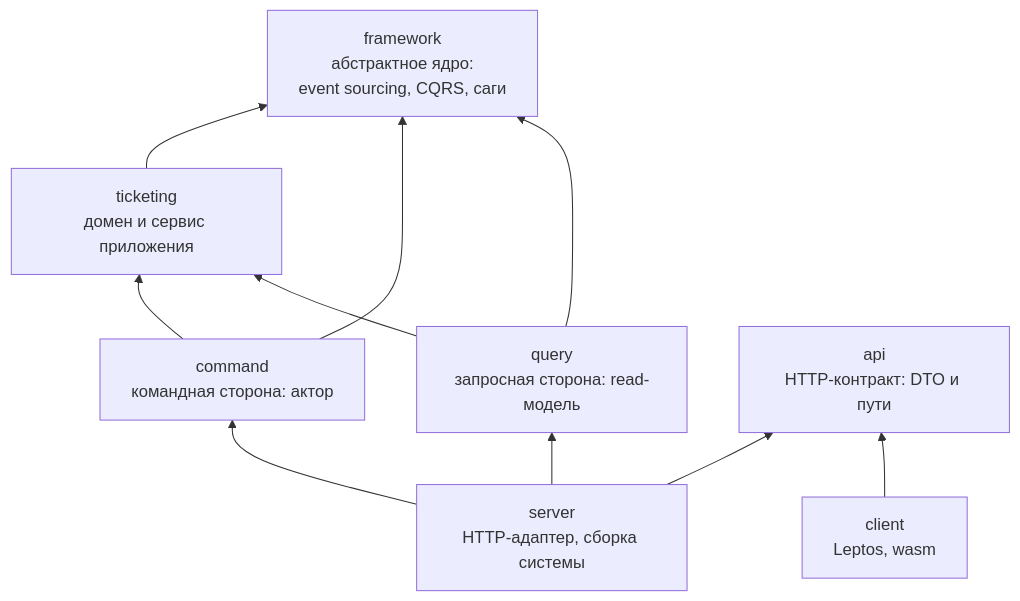
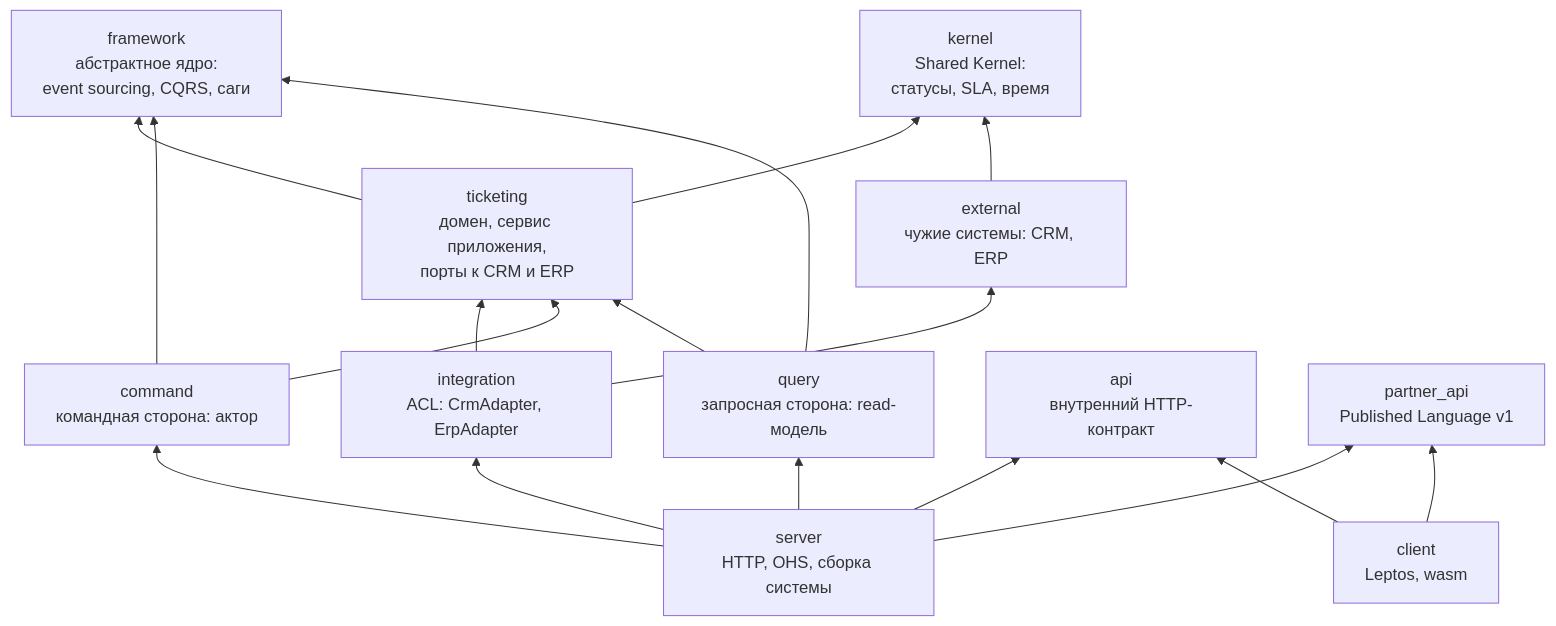
One commit to Dx-by-Dy/ALS-HW changed the first of 11 diagrams in hw10/ARCHITECTURE.md. Above: the diagram before and after it, drawn with Mermaid. The commit also changed other lines of this file and 1 other file, not shown here.

Commit message:
Documented HW10 architecture and implementation of ACL, open-host service and shared kernel

````diff
--- a/hw10/ARCHITECTURE.md
+++ b/hw10/ARCHITECTURE.md
@@ -24,20 +29,31 @@
 ```mermaid
 flowchart BT
     framework["framework<br/>абстрактное ядро:<br/>event sourcing, CQRS, саги"]
-    ticketing["ticketing<br/>домен и сервис приложения"]
+    kernel["kernel<br/>Shared Kernel:<br/>статусы, SLA, время"]
+    ticketing["ticketing<br/>домен, сервис приложения,<br/>порты к CRM и ERP"]
+    external["external<br/>чужие системы: CRM, ERP"]
+    integration["integration<br/>ACL: CrmAdapter, ErpAdapter"]
     command["command<br/>командная сторона: актор"]
     query["query<br/>запросная сторона: read-модель"]
-    api["api<br/>HTTP-контракт: DTO и пути"]
-    server["server<br/>HTTP-адаптер, сборка системы"]
+    api["api<br/>внутренний HTTP-контракт"]
+    partner_api["partner_api<br/>Published Language v1"]
+    server["server<br/>HTTP, OHS, сборка системы"]
     client["client<br/>Leptos, wasm"]
 
     ticketing --> framework
+    ticketing --> kernel
+    external --> kernel
+    integration --> ticketing
+    integration --> external
     command --> ticketing
     command --> framework
     query --> ticketing
     query --> framework
     server --> command
     server --> query
     server --> api
+    server --> partner_api
+    server --> integration
     client --> api
+    client --> partner_api
 ```
````
